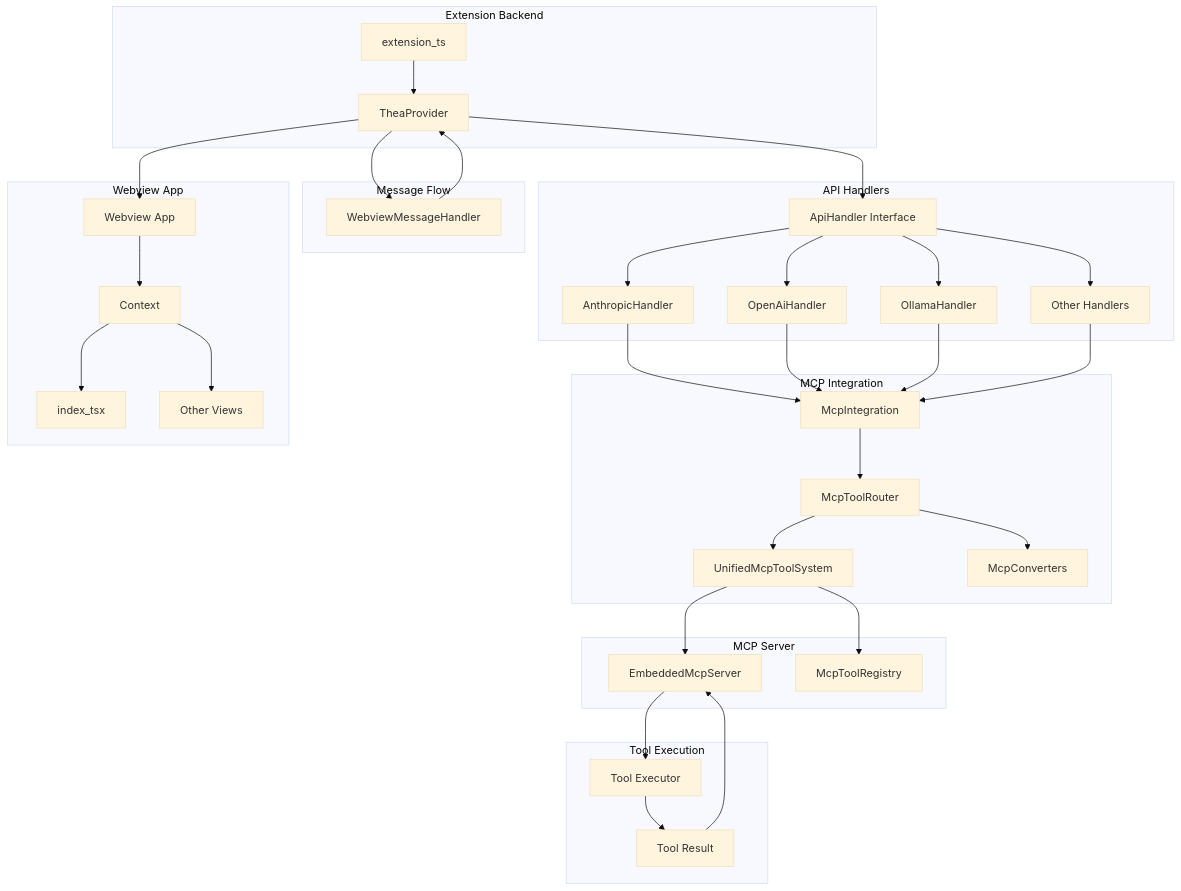
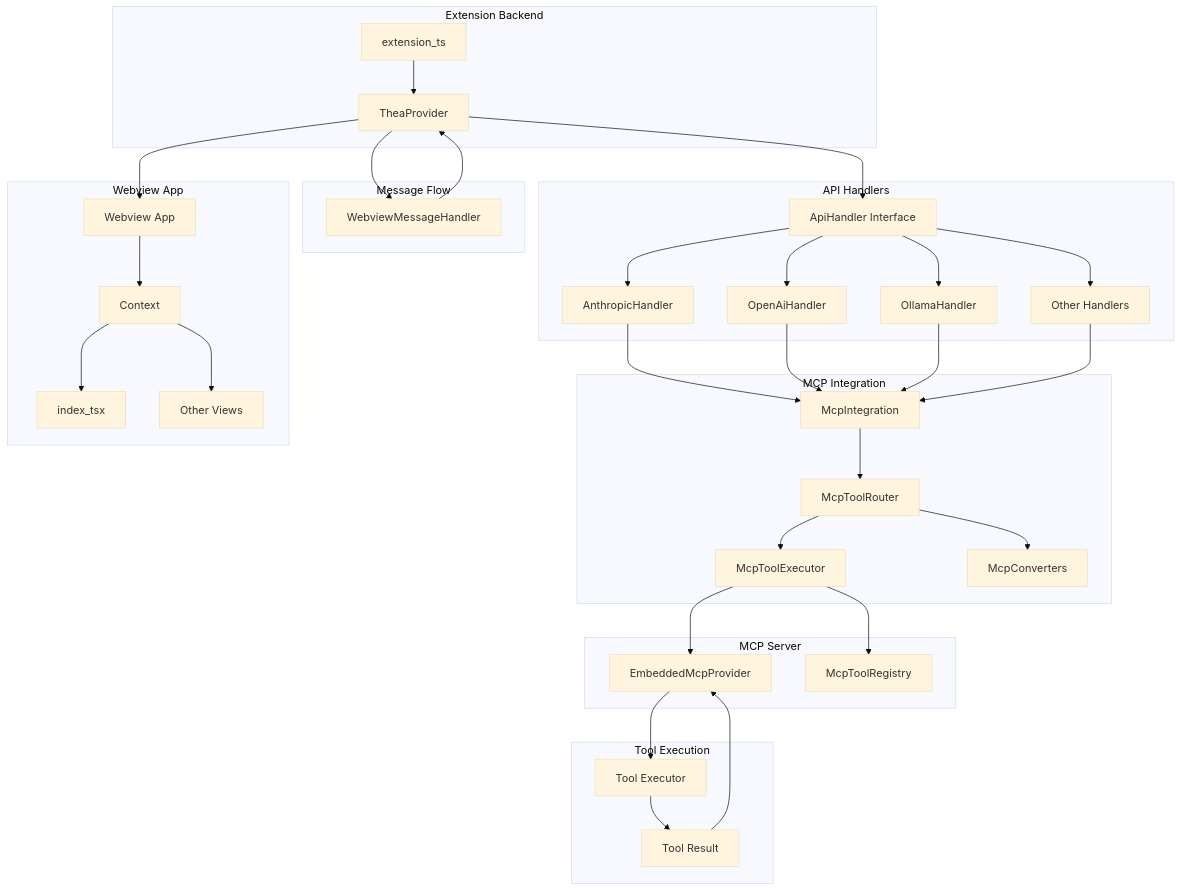
Before and after one commit to sydneyrenee/Thea-Code: the first of 2 diagrams in cline_docs/architectural_notes/tool_use/mcp/mcp_integration_architecture_diagram.md, drawn with Mermaid (base theme). The commit also changed other lines of this file and 13 other files, not shown here.

````diff
--- a/cline_docs/architectural_notes/tool_use/mcp/mcp_integration_architecture_diagram.md
+++ b/cline_docs/architectural_notes/tool_use/mcp/mcp_integration_architecture_diagram.md
@@ -21,73 +21,73 @@
 ```mermaid
 graph TD
     subgraph "Extension Backend"
         ET[extension_ts]
         TP[TheaProvider]
     end
     
     subgraph "Message Flow"
         TP --> WMH[WebviewMessageHandler]
         WMH --> TP
     end
     
     subgraph "API Handlers"
         AH[ApiHandler Interface]
         ANT[AnthropicHandler]
         OAI[OpenAiHandler]
         OLL[OllamaHandler]
         OTH[Other Handlers]
     end
     
     subgraph "MCP Integration"
         MI[McpIntegration]
         MTR[McpToolRouter]
-        UMTS[UnifiedMcpToolSystem]
+        UMTS[McpToolExecutor]
         MC[McpConverters]
     end
     
     subgraph "MCP Server"
-        EMCP[EmbeddedMcpServer]
+        EMCP[EmbeddedMcpProvider]
         MTReg[McpToolRegistry]
     end
     
     subgraph "Tool Execution"
         TE[Tool Executor]
         TR[Tool Result]
     end
     
     subgraph "Webview App"
         WA[Webview App]
         CTX[Context]
         IDX[index_tsx]
         OVS[Other Views]
     end
     
     ET --> TP
     TP --> AH
     
     AH --> ANT
     AH --> OAI
     AH --> OLL
     AH --> OTH
     
     ANT --> MI
     OAI --> MI
     OLL --> MI
     OTH --> MI
     
     MI --> MTR
     MTR --> MC
     MTR --> UMTS
     
     UMTS --> EMCP
     UMTS --> MTReg
     
     EMCP --> TE
     TE --> TR
     TR --> EMCP
     
     TP --> WA
     WA --> CTX
     CTX --> IDX
     CTX --> OVS
 ```
````
